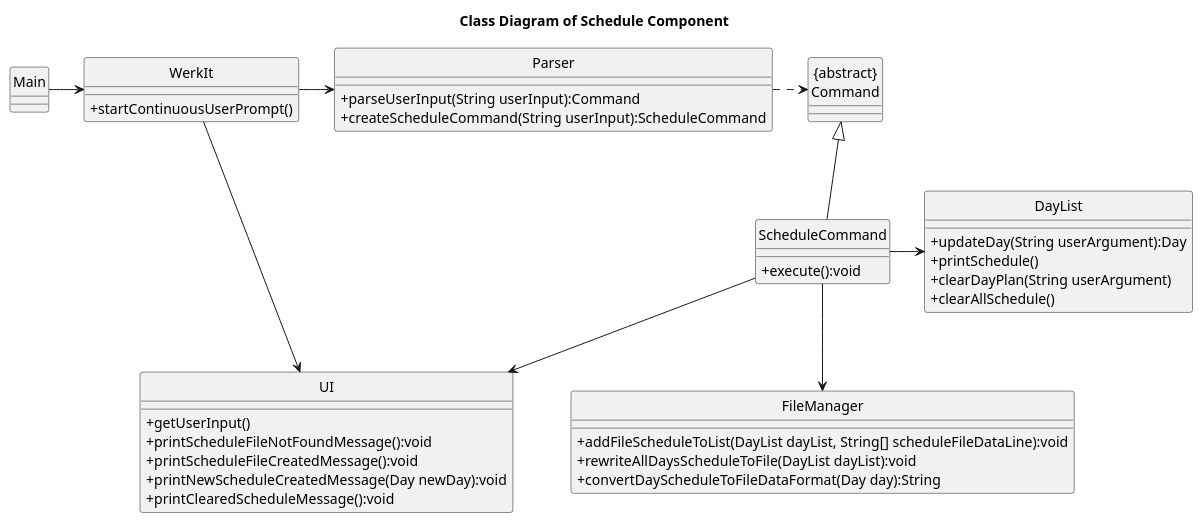
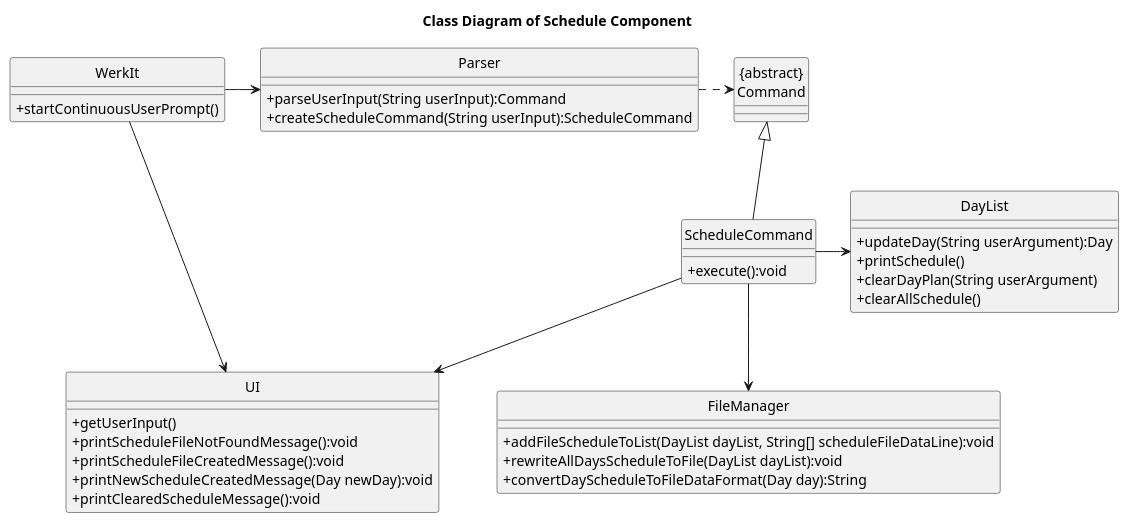
One commit to nus-cs2113-AY2122S2/tp changed the diagram in docs/uml/classDiagrams/ScheduleClass.puml. Above: the diagram before and after it, drawn with PlantUML. The commit also changed 1 other file, not shown here.

Commit message:
modify the diagram of scheduleComponents.puml

```diff
--- a/docs/uml/classDiagrams/ScheduleClass.puml
+++ b/docs/uml/classDiagrams/ScheduleClass.puml
@@ -1,61 +1,56 @@
 @startuml
 'https://plantuml.com/class-diagram'
 hide circle
 
 skinparam classAttributeIconSize 0
 title Class Diagram of Schedule Component
 
-Main -> WerkIt
 WerkIt -> Parser
 WerkIt -> UI
 Parser .r.> "{abstract}\nCommand"
 "{abstract}\nCommand" <|-- ScheduleCommand
 ScheduleCommand --> UI
 ScheduleCommand -d-> FileManager
 ScheduleCommand -r-> DayList
 
 class WerkIt {
 + startContinuousUserPrompt()
-}
-
-class Main {
-
 }
 
 class DayList {
 + updateDay(String userArgument):Day
 + printSchedule()
 + clearDayPlan(String userArgument)
 + clearAllSchedule()
 }
 
 class FileManager {
 + addFileScheduleToList(DayList dayList, String[] scheduleFileDataLine):void
 + rewriteAllDaysScheduleToFile(DayList dayList):void
 + convertDayScheduleToFileDataFormat(Day day):String
 }
 
 class "{abstract}\nCommand" {
 }
 
 class ScheduleCommand {
 + execute():void
 }
 
 
 
 class UI {
 + getUserInput()
 + printScheduleFileNotFoundMessage():void
 + printScheduleFileCreatedMessage():void
 + printNewScheduleCreatedMessage(Day newDay):void
 + printClearedScheduleMessage():void
 }
 
 class Parser {
 + parseUserInput(String userInput):Command
 + createScheduleCommand(String userInput):ScheduleCommand
 }
 
 
 @enduml
```
